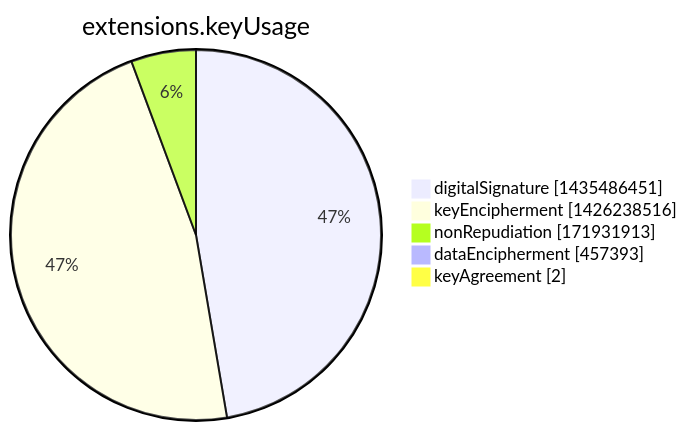
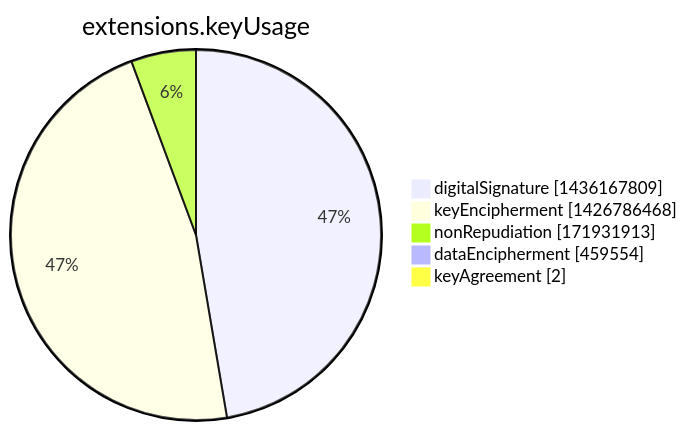
Before and after one commit to christiankrug/ctmonitor_visualization: the seventh of 15 diagrams in argon2022/README.md, drawn with Mermaid. The commit also changed other lines of this file, not shown here.

````diff
--- a/argon2022/README.md
+++ b/argon2022/README.md
@@ -2751,9 +2751,9 @@
 ```mermaid
 pie showData
 title extensions.keyUsage
-"digitalSignature" :1435486451
-"keyEncipherment" :1426238516
+"digitalSignature" :1436167809
+"keyEncipherment" :1426786468
 "nonRepudiation" :171931913
-"dataEncipherment" :457393
+"dataEncipherment" :459554
 "keyAgreement" :2
 ```
````
